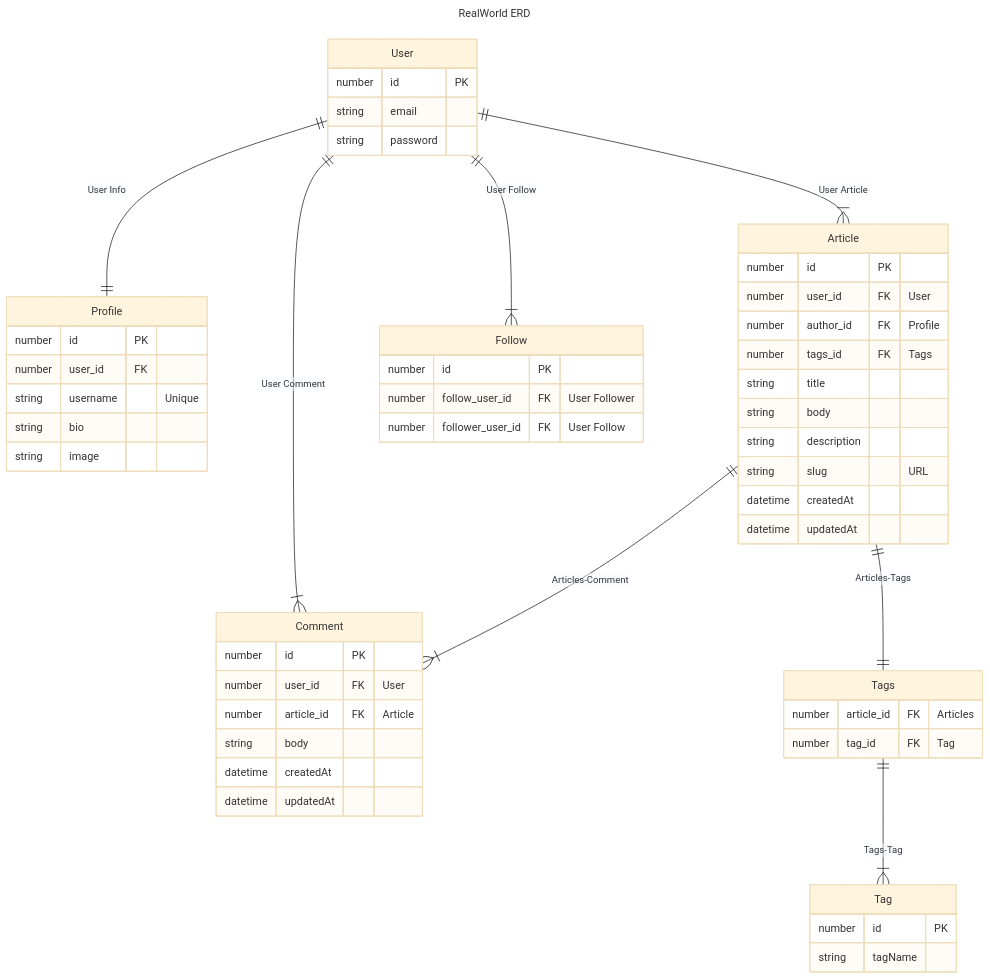
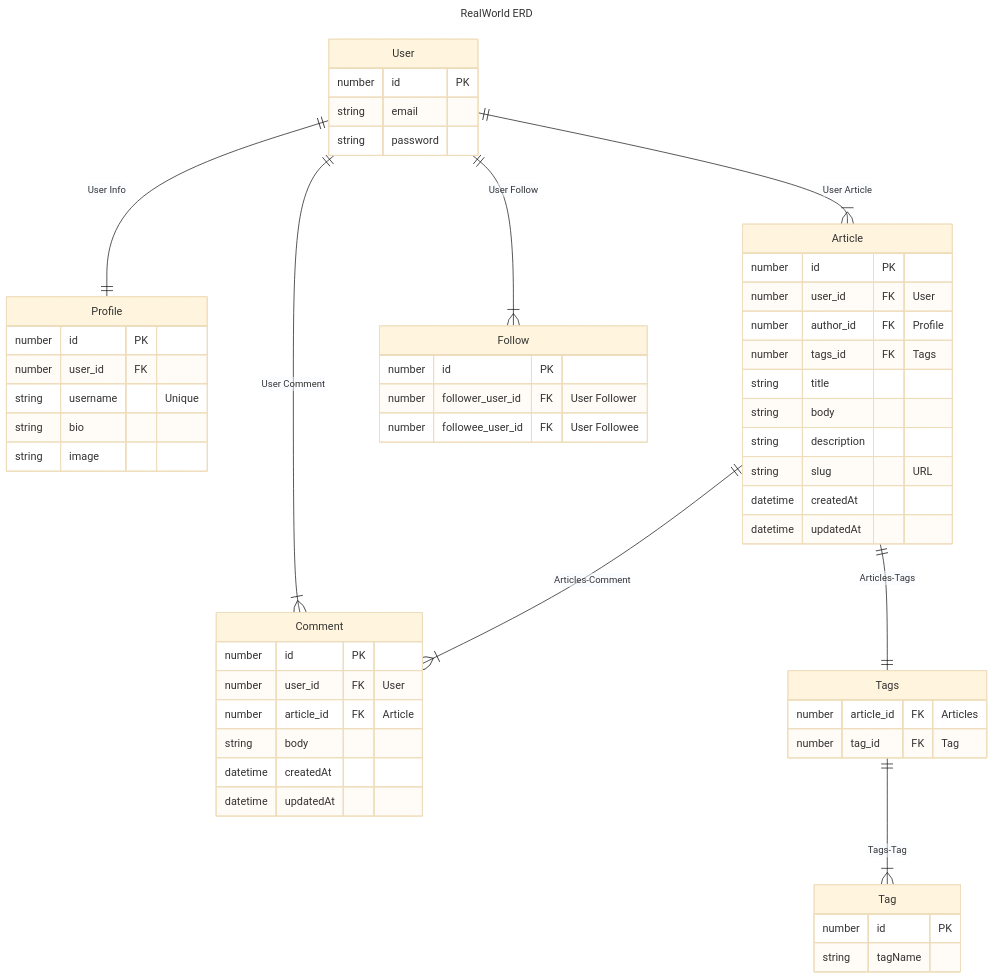
One commit to mon0mon/realworld_backend changed the diagram in docs/ERD.mmd. Above: the diagram before and after it, drawn with Mermaid (base theme).

Commit message:
📝 docs : ERD - Follow 테이블의 칼럼 이름을 직관적인 이름으로 변경 (Follower : 팔로우 하는 사람, Followee : 팔로잉) - Follow 테이블 칼럼 설명 변경 (Follow -> Followee)

```diff
--- a/docs/ERD.mmd
+++ b/docs/ERD.mmd
@@ -1,56 +1,56 @@
 ---
 title: RealWorld ERD
 ---
 erDiagram
     User ||--|| Profile : "User Info"
     User ||--|{ Article : "User Article"
     User ||--|{ Comment : "User Comment"
     User ||--|{ Follow : "User Follow"
     Article ||--|{ Comment : "Articles-Comment"
     Article ||--|| Tags : "Articles-Tags"
     Tags ||--|{ Tag : "Tags-Tag"
     User {
         number id PK
         string email
         string password
     }
     Profile {
         number id PK
         number user_id FK
         string username "Unique"
         string bio
         string image
     }
     Article {
         number id PK
         number user_id FK "User"
         number author_id FK "Profile"
         number tags_id FK "Tags"
         string title
         string body
         string description
         string slug "URL"
         datetime createdAt
         datetime updatedAt
     }
     Follow {
         number id PK
-        number follow_user_id FK "User Follower"
-        number follower_user_id FK "User Follow"
+        number follower_user_id FK "User Follower"
+        number followee_user_id FK "User Followee"
     }
     Comment {
         number id PK
         number user_id FK "User"
         number article_id FK "Article"
         string body
         datetime createdAt
         datetime updatedAt
     }
     Tags {
         number article_id FK "Articles"
         number tag_id FK "Tag"
     }
     Tag {
         number id PK
         string tagName
     }
```
